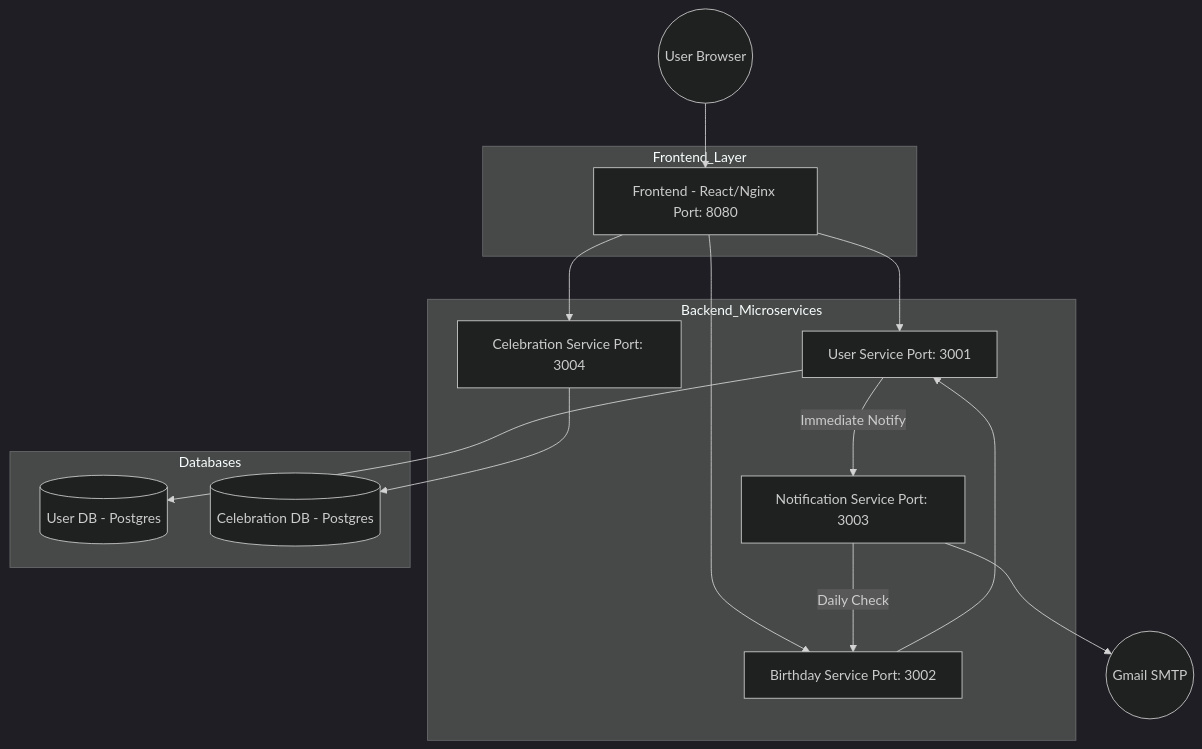
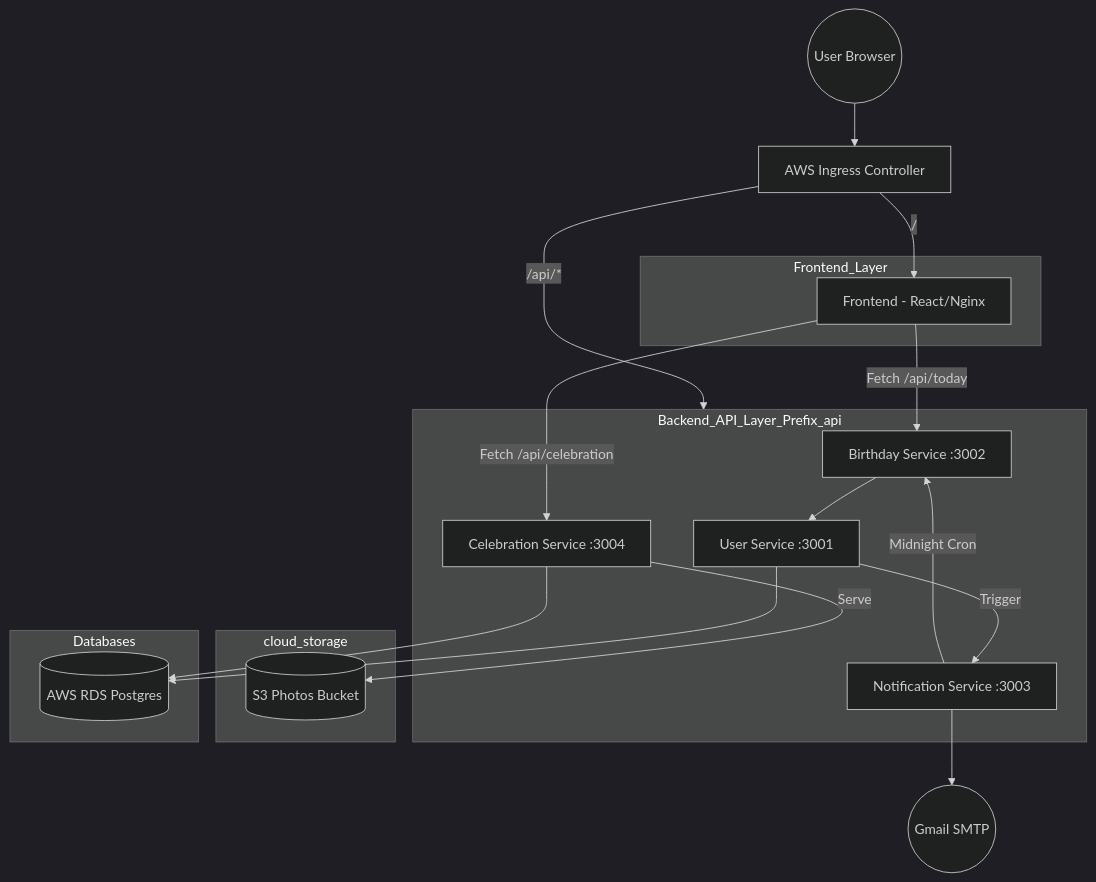
Before and after one commit to Sourav356/birthday-microservices-app: the diagram in README.md, drawn with Mermaid (dark theme). The commit also changed other lines of this file and 15 other files, not shown here.

````diff
--- a/README.md
+++ b/README.md
@@ -7,32 +7,39 @@
 ```mermaid
 graph TD
     User((User Browser))
+    Ingress[AWS Ingress Controller]
     
     subgraph Frontend_Layer
-        FE[Frontend - React/Nginx Port: 8080]
+        FE[Frontend - React/Nginx]
     end
 
-    subgraph Backend_Microservices
-        US[User Service Port: 3001]
-        BS[Birthday Service Port: 3002]
-        NS[Notification Service Port: 3003]
-        CS[Celebration Service Port: 3004]
+    subgraph Backend_API_Layer_Prefix_api
+        US[User Service :3001]
+        BS[Birthday Service :3002]
+        NS[Notification Service :3003]
+        CS[Celebration Service :3004]
+    end
+
+    subgraph cloud_storage
+        S3[(S3 Photos Bucket)]
     end
 
     subgraph Databases
-        UDB[(User DB - Postgres)]
-        CDB[(Celebration DB - Postgres)]
+        RDS[(AWS RDS Postgres)]
     end
 
-    User --> FE
-    FE --> US
-    FE --> BS
-    FE --> CS
-
-    US --> UDB
+    User --> Ingress
+    Ingress -- "/" --> FE
+    Ingress -- "/api/*" --> Backend_API_Layer_Prefix_api
+    
+    FE -- "Fetch /api/today" --> BS
+    FE -- "Fetch /api/celebration" --> CS
+    
+    US --> RDS
     BS --> US
-    US -- "Immediate Notify" --> NS
-    NS -- "Daily Check" --> BS
-    CS --> CDB
+    US -- "Trigger" --> NS
+    NS -- "Midnight Cron" --> BS
+    CS --> RDS
+    CS -- "Serve" --> S3
     NS --> SMTP((Gmail SMTP))
 ```
````
